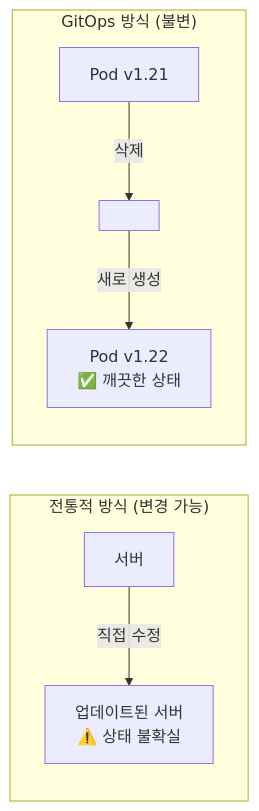
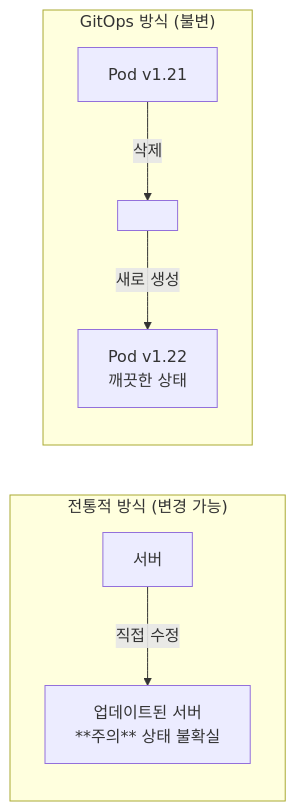
The ninth of 41 diagrams in docs/cicd/week1-image-build.md (juwon8891/juwon8891.github.io), drawn with Mermaid before and after one commit. The commit also changed other lines of this file and 25 other files, not shown here.

````diff
--- a/docs/cicd/week1-image-build.md
+++ b/docs/cicd/week1-image-build.md
@@ -479,13 +481,14 @@
 ```mermaid
 graph LR
     subgraph "전통적 방식 (변경 가능)"
-        SERVER1[서버] -->|직접 수정| SERVER1_UPDATED[업데이트된 서버<br/>⚠️ 상태 불확실]
+        SERVER1[서버] -->|직접 수정| SERVER1_UPDATED[업데이트된 서버<br/>**주의** 상태 불확실]
 
     end
 
     subgraph "GitOps 방식 (불변)"
         POD1[Pod v1.21] -->|삭제| NONE[ ]
-        NONE -->|새로 생성| POD2[Pod v1.22<br/>✅ 깨끗한 상태]
+        NONE -->|새로 생성| POD2[Pod v1.22<br/>깨끗한 상태]
 
     end
+
 ```
````
